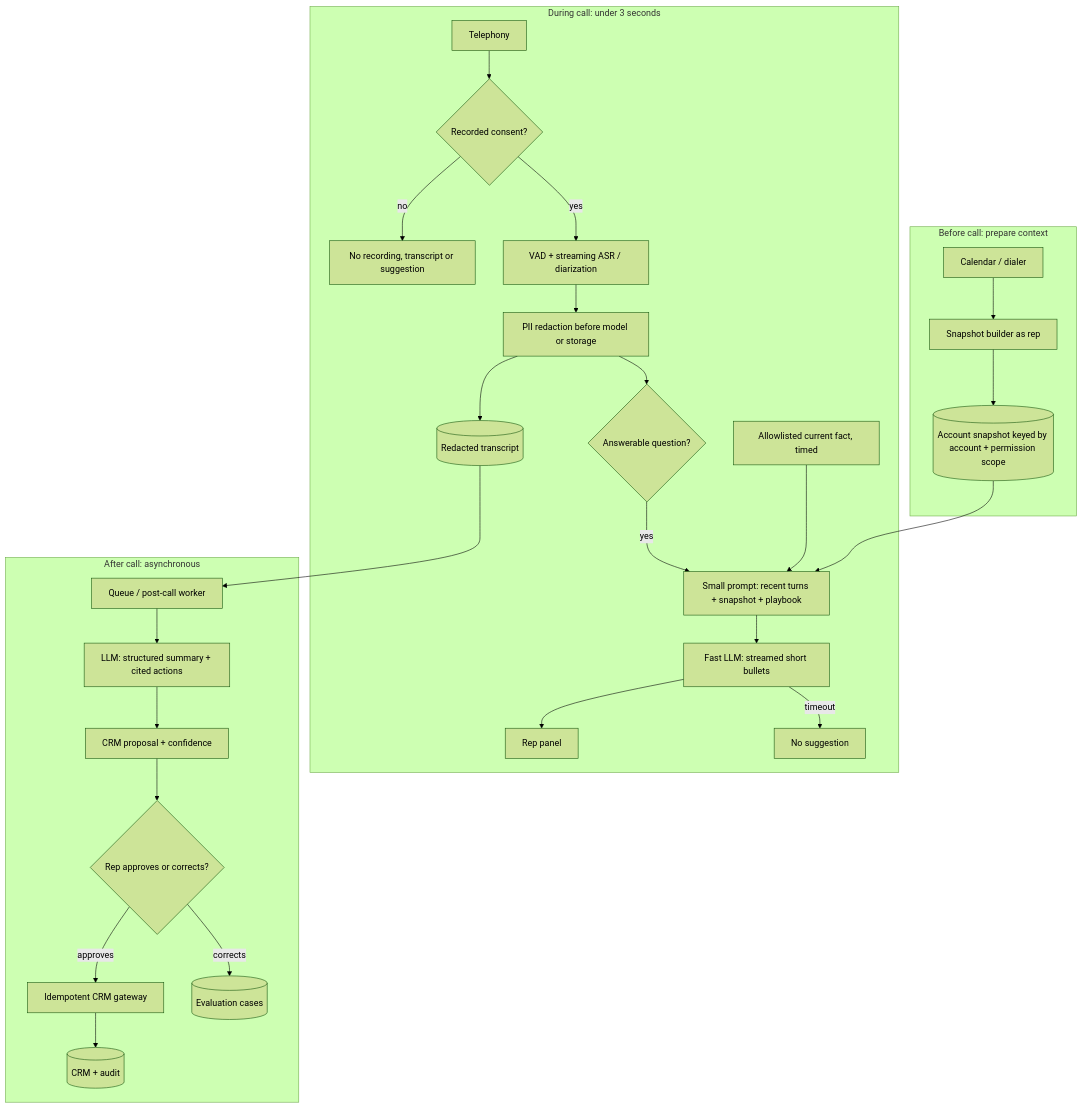
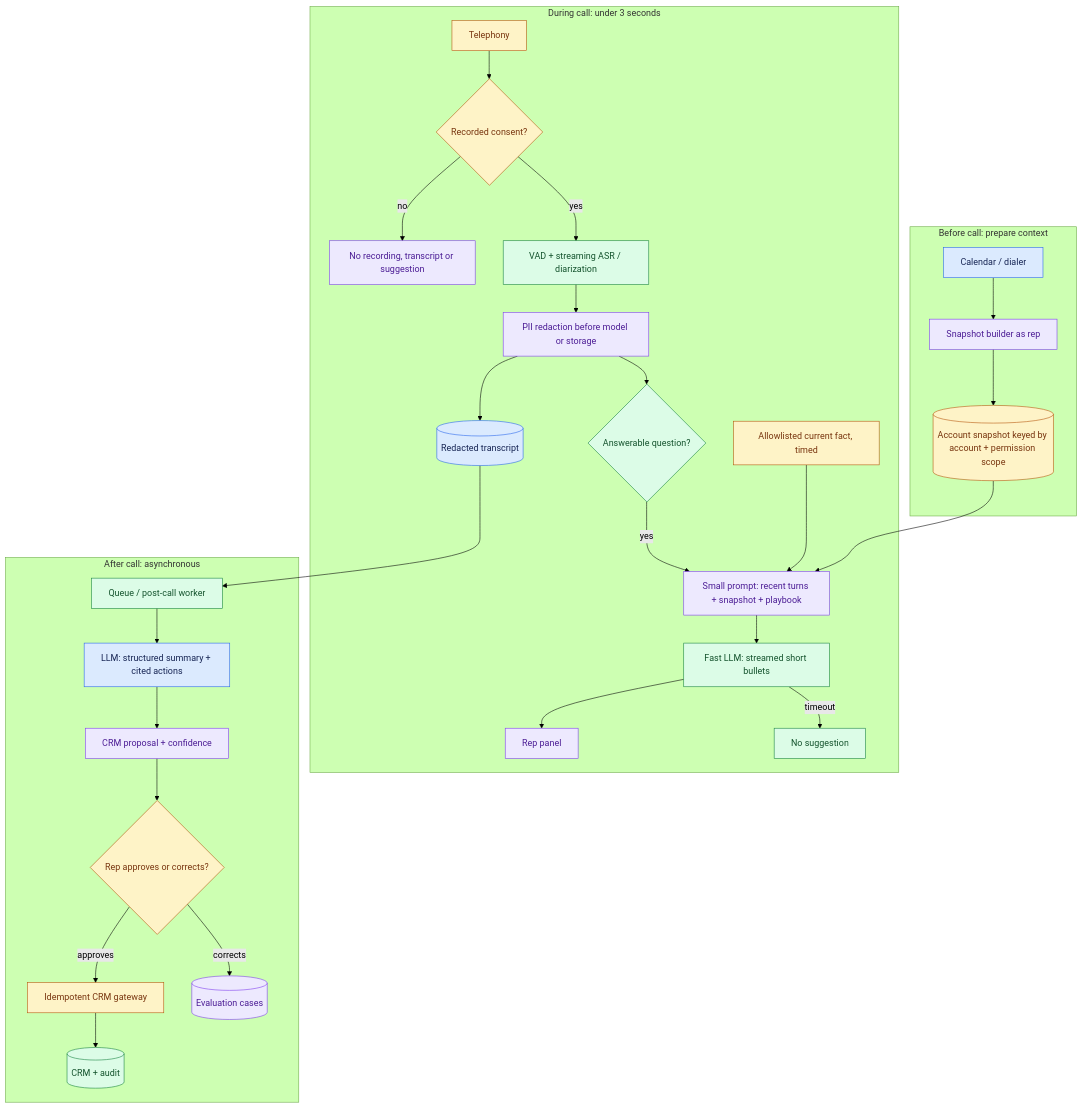
One commit to Sourav692/Forward-Deployed-Engineer-Interview-Prep changed the diagram in site/content/modules/15-fde-case-studies/agents-that-act/real-time-call-assistant/main.md. Above: the diagram before and after it, drawn with Mermaid (forest theme). The commit also changed other lines of this file and 1268 other files, not shown here.

First line of the commit message:
content: polish Casebook writing and Mermaid diagrams (#251)

````diff
--- a/site/content/modules/15-fde-case-studies/agents-that-act/real-time-call-assistant/main.md
+++ b/site/content/modules/15-fde-case-studies/agents-that-act/real-time-call-assistant/main.md
@@ -79,29 +79,39 @@
 ```mermaid
 flowchart TB
   subgraph Before[Before call: prepare context]
     C[Calendar / dialer] --> S[Snapshot builder as rep]
     S --> A[(Account snapshot keyed by account + permission scope)]
   end
   subgraph During[During call: under 3 seconds]
     T[Telephony] --> K{Recorded consent?}
     K -->|no| N[No recording, transcript or suggestion]
     K -->|yes| V[VAD + streaming ASR / diarization]
     V --> R[PII redaction before model or storage]
     R --> TS[(Redacted transcript)]
     R --> Q{Answerable question?}
     Q -->|yes| P[Small prompt: recent turns + snapshot + playbook]
     A --> P
     L[Allowlisted current fact, timed] --> P
     P --> M[Fast LLM: streamed short bullets]
     M --> U[Rep panel]
     M -->|timeout| Z[No suggestion]
   end
   subgraph After[After call: asynchronous]
     TS --> J[Queue / post-call worker]
     J --> B[LLM: structured summary + cited actions]
     B --> F[CRM proposal + confidence]
     F --> H{Rep approves or corrects?}
     H -->|approves| G[Idempotent CRM gateway] --> D[(CRM + audit)]
     H -->|corrects| E[(Evaluation cases)]
   end
+
+    %% Casebook colours: entry, reasoning, results, controls, and stopped paths.
+    classDef cbInput fill:#dbeafe,stroke:#2563eb,color:#172554
+    class C,TS,B cbInput
+    classDef cbReason fill:#ede9fe,stroke:#7c3aed,color:#4c1d95
+    class S,N,R,P,U,F,E cbReason
+    classDef cbPolicy fill:#fef3c7,stroke:#b45309,color:#78350f
+    class A,T,K,L,H,G cbPolicy
+    classDef cbAction fill:#dcfce7,stroke:#15803d,color:#14532d
+    class V,Q,M,Z,J,D cbAction
 ```
````
